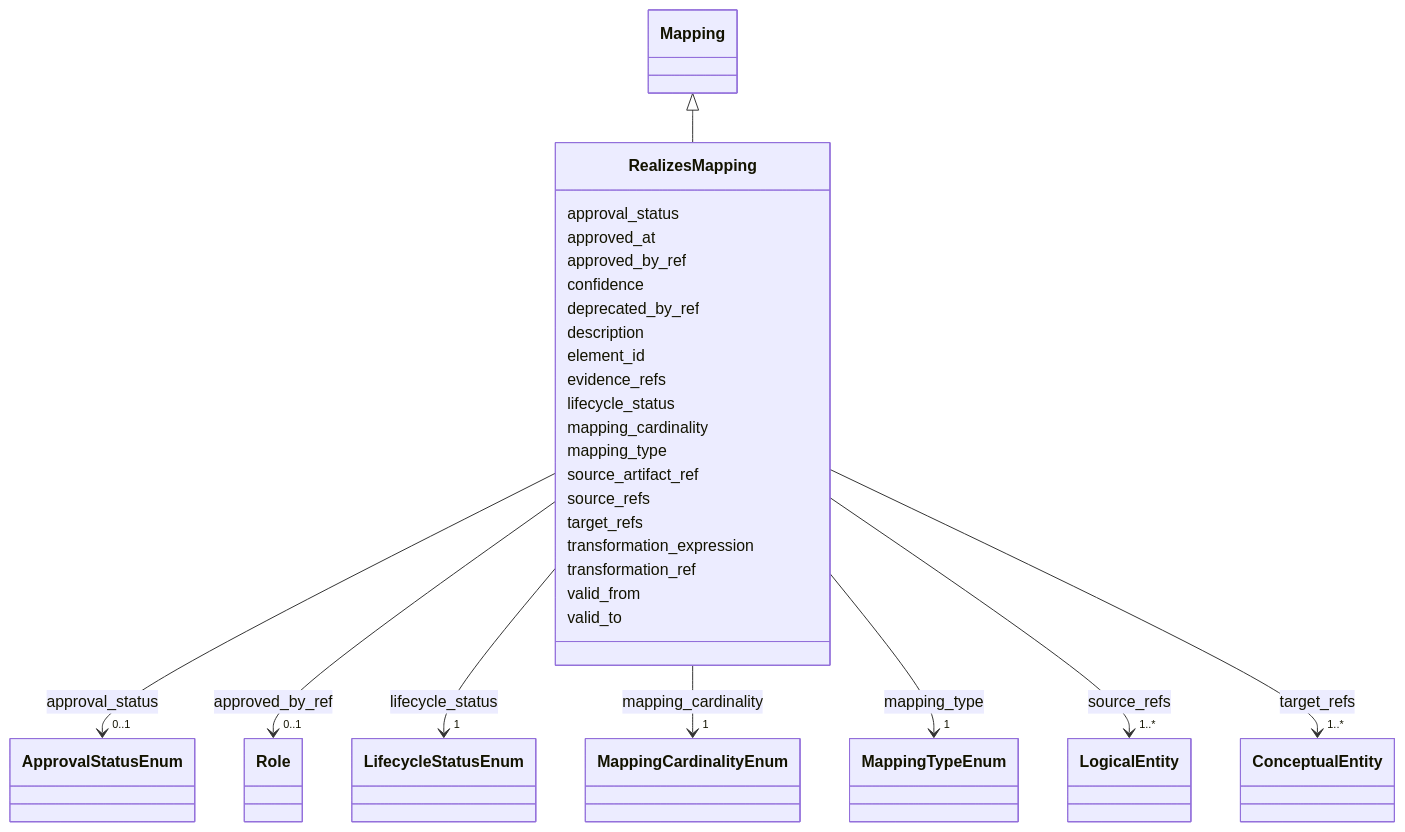
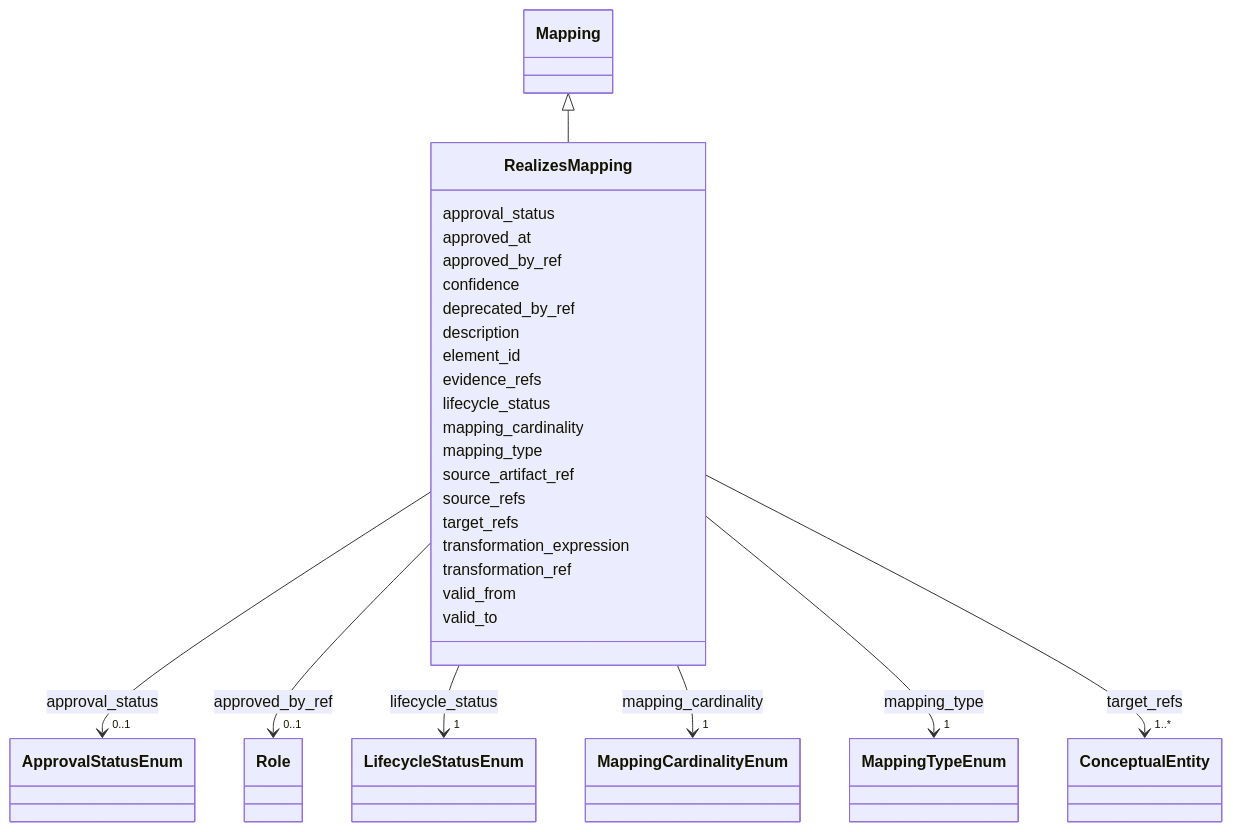
Before and after one commit to oista/moex-data-model: the diagram in generated/artifacts/moex-dams/0.1/diagrams/RealizesMapping.md, drawn with Mermaid. The commit also changed 71 other files, not shown here.

First line of the commit message:
feat(constraints): audit Wave C validation hardening (INV-042..053, schema 4.1.0)

```diff
--- a/generated/artifacts/moex-dams/0.1/diagrams/RealizesMapping.md
+++ b/generated/artifacts/moex-dams/0.1/diagrams/RealizesMapping.md
@@ -79,15 +79,6 @@
         
       RealizesMapping : source_refs
         
-          
-    
-        
-        
-        RealizesMapping --> "1..*" LogicalEntity : source_refs
-        click LogicalEntity href "../LogicalEntity"
-    
-
-        
       RealizesMapping : target_refs
         
           
```
